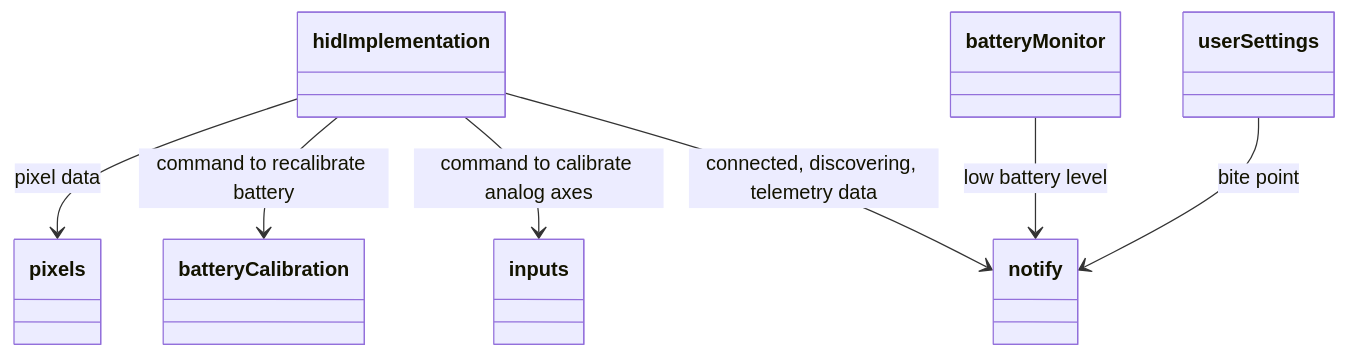
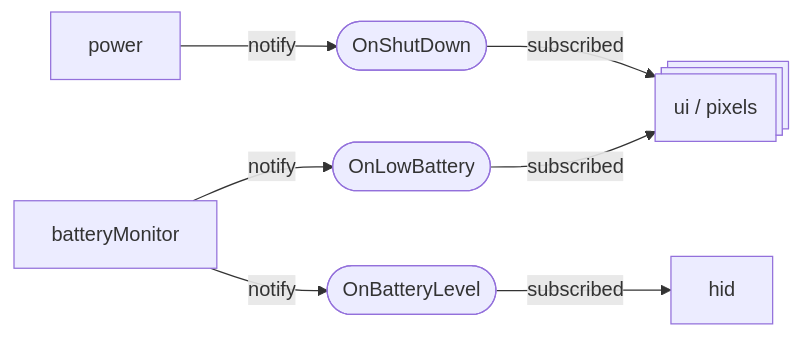
Before and after one commit to afpineda/OpenSourceSimWheelESP32: the fifth of 9 diagrams in doc/firmware/FirmwareArchitecture_en.md, drawn with Mermaid. The commit also changed other lines of this file and 375 other files, not shown here.

````diff
--- a/doc/firmware/FirmwareArchitecture_en.md
+++ b/doc/firmware/FirmwareArchitecture_en.md
@@ -139,9 +281,13 @@
-```mermaid
-classDiagram
-    hidImplementation --> inputs: command to calibrate analog axes
-    hidImplementation --> batteryCalibration: command to recalibrate battery
-    hidImplementation --> notify: connected, discovering, telemetry data
-    hidImplementation --> pixels: pixel data
-    batteryMonitor --> notify: low battery level
-    userSettings --> notify: bite point
-```
+  ```mermaid
+  flowchart LR
+    OnShutDown@{ shape: stadium }
+    OnBatteryLevel@{ shape: stadium }
+    OnLowBattery@{ shape: stadium }
+    ui_pixels@{ shape: procs, label: "ui / pixels" }
+    power -- notify --> OnShutDown
+    batteryMonitor -- notify --> OnBatteryLevel
+    batteryMonitor -- notify --> OnLowBattery
+    OnShutDown -- subscribed --> ui_pixels
+    OnBatteryLevel -- subscribed --> hid
+    OnLowBattery -- subscribed --> ui_pixels
+  ```
````
